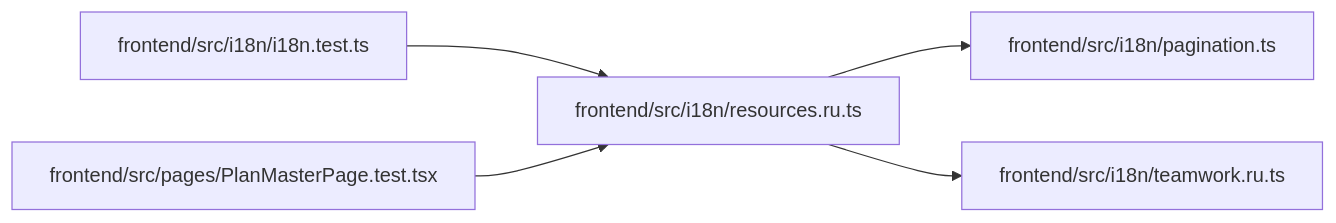
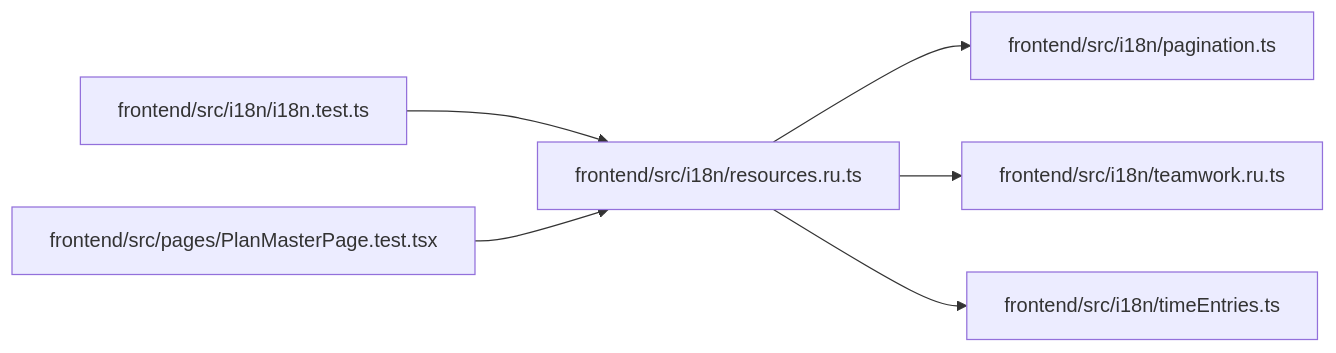
Before and after one commit to Denissvgn/WorkChord: the diagram in docs/llm_wiki/modules/resources.ru.md, drawn with Mermaid. The commit also changed other lines of this file and 2344 other files, not shown here.

````diff
--- a/docs/llm_wiki/modules/resources.ru.md
+++ b/docs/llm_wiki/modules/resources.ru.md
@@ -26,17 +27,20 @@
 ```mermaid
 flowchart LR
     n0["frontend/src/i18n/i18n.test.ts"]
     n1["frontend/src/i18n/pagination.ts"]
     n2["frontend/src/i18n/resources.ru.ts"]
     n3["frontend/src/i18n/teamwork.ru.ts"]
-    n4["frontend/src/pages/PlanMasterPage.test.tsx"]
+    n4["frontend/src/i18n/timeEntries.ts"]
+    n5["frontend/src/pages/PlanMasterPage.test.tsx"]
     n0 --> n2
     n2 --> n1
     n2 --> n3
-    n4 --> n2
+    n2 --> n4
+    n5 --> n2
     click n0 "../modules/i18n.test.md"
     click n1 "../modules/pagination.md"
     click n2 "../modules/resources.ru.md"
     click n3 "../modules/teamwork.ru.md"
-    click n4 "../modules/PlanMasterPage.test.md"
+    click n4 "../modules/timeEntries.md"
+    click n5 "../modules/PlanMasterPage.test.md"
 ```
````
